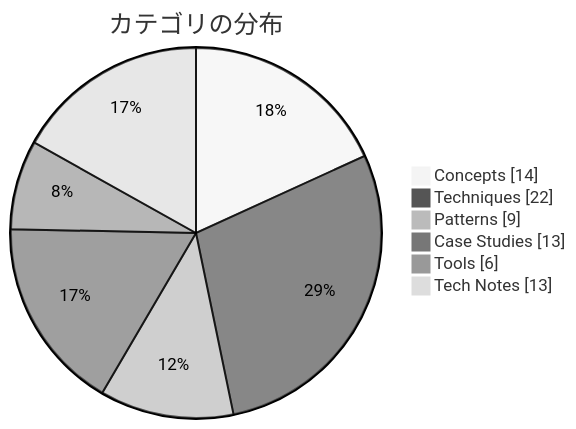
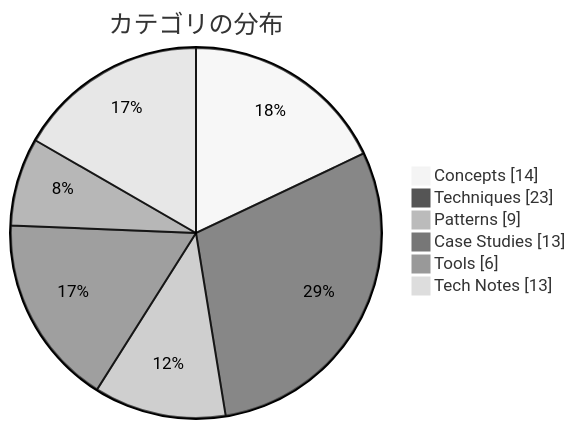
Before and after one commit to dinekt/dinekt-wiki: the second of 2 diagrams in docs/index.md, drawn with Mermaid (neutral theme). The commit also changed other lines of this file and 4 other files, not shown here.

````diff
--- a/docs/index.md
+++ b/docs/index.md
@@ -37,9 +37,9 @@
 ```mermaid
 pie showData title カテゴリの分布
     "Concepts" : 14
-    "Techniques" : 22
+    "Techniques" : 23
     "Patterns" : 9
     "Case Studies" : 13
     "Tools" : 6
     "Tech Notes" : 13
 ```
````
